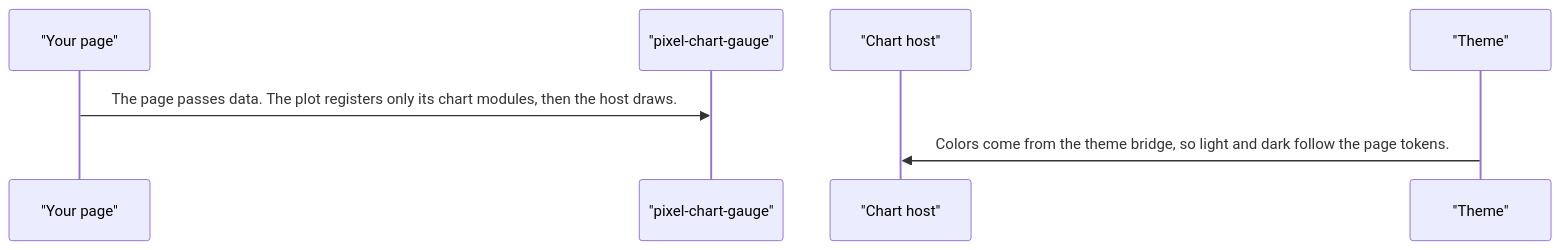
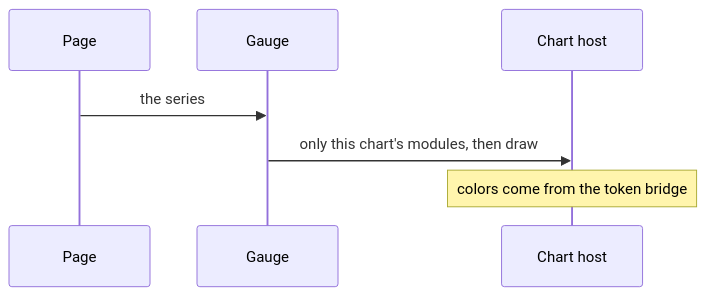
One commit to RajshekharBorate/pixel-ui changed the second of 5 diagrams in projects/pixel-ui/src/lib/pixel-chart-gauge/DESIGN.md. Above: the diagram before and after it, drawn with Mermaid. The commit also changed other lines of this file and 73 other files, not shown here.

Commit message:
Explain who owns each value and what each flow does in every component and service design.

````diff
--- a/projects/pixel-ui/src/lib/pixel-chart-gauge/DESIGN.md
+++ b/projects/pixel-ui/src/lib/pixel-chart-gauge/DESIGN.md
@@ -56,9 +75,9 @@
 ```mermaid
 sequenceDiagram
-  participant page as "Your page"
-  participant plot as "pixel-chart-gauge"
-  participant host as "Chart host"
-  participant theme as "Theme"
-  page->>plot: The page passes data. The plot registers only its chart modules, then the host draws.
-  theme->>host: Colors come from the theme bridge, so light and dark follow the page tokens.
+  participant Page
+  participant Plot as Gauge
+  participant Host as Chart host
+  Page->>Plot: the series
+  Plot->>Host: only this chart's modules, then draw
+  Note over Host: colors come from the token bridge
 ```
````
